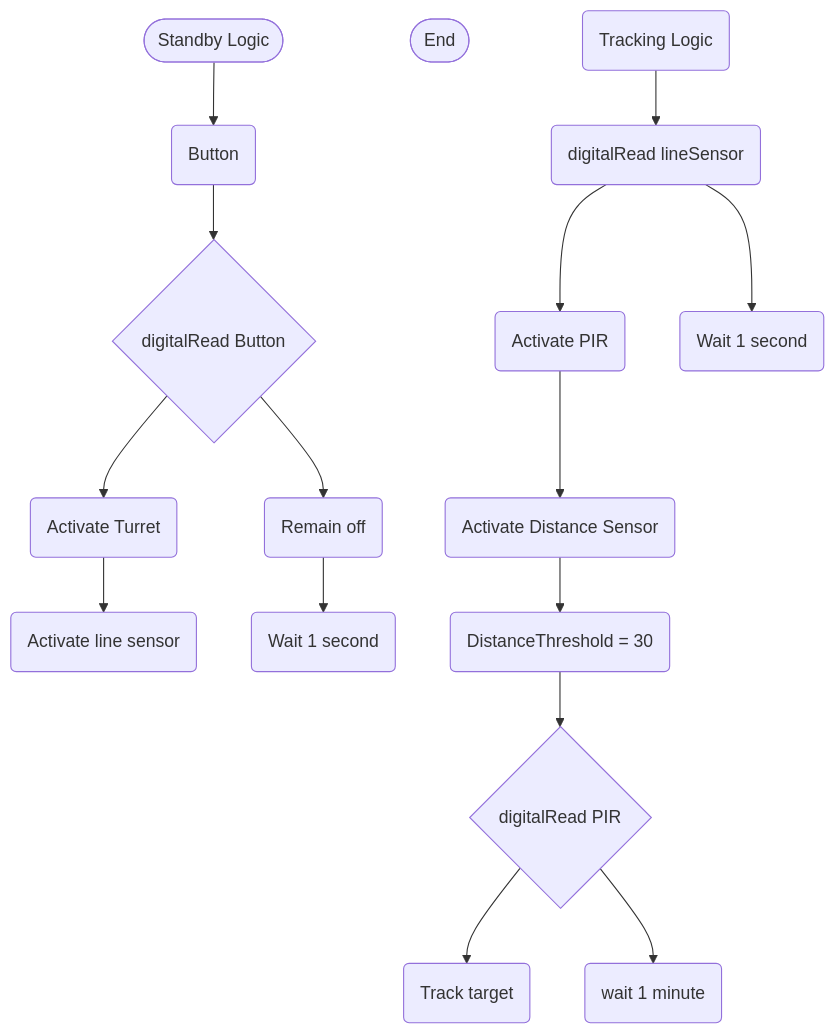
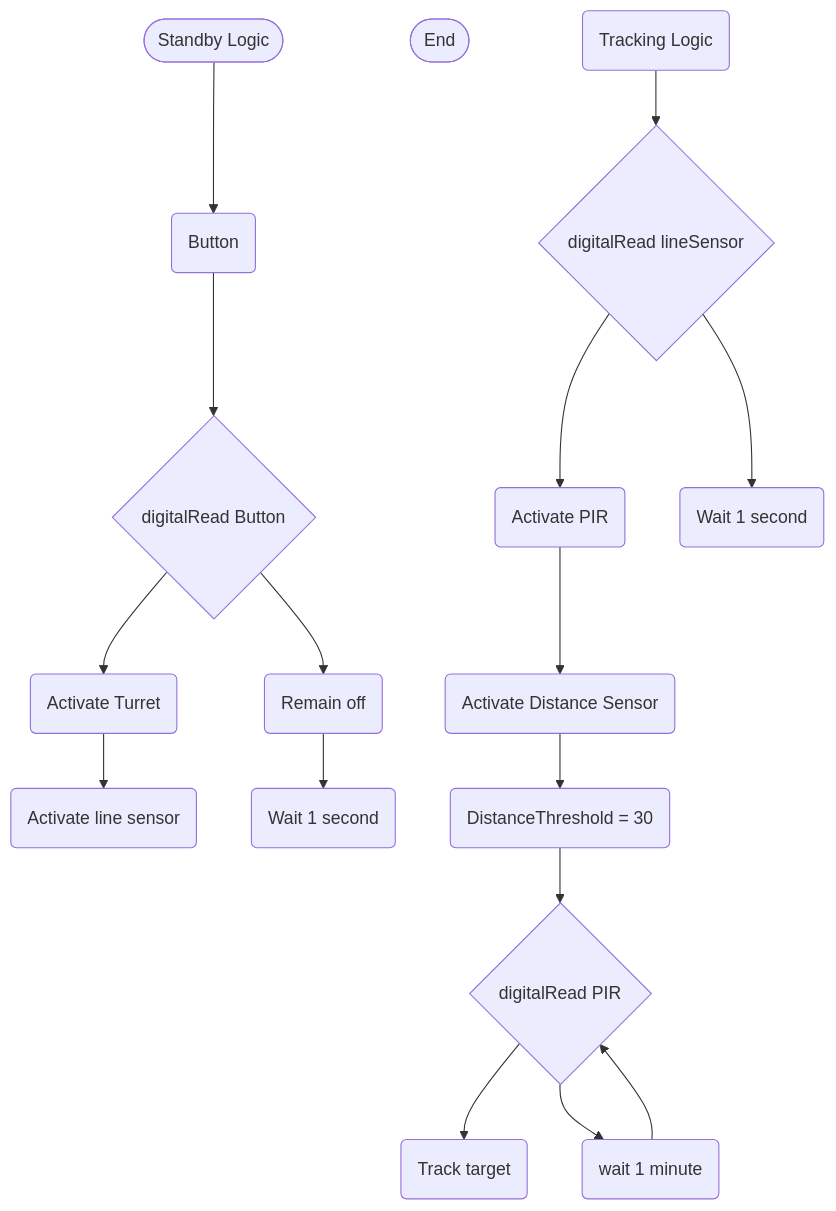
Before and after one commit to Zac2259/Smart-Turret: the diagram in logic.md, drawn with Mermaid.

````diff
--- a/logic.md
+++ b/logic.md
@@ -1,37 +1,38 @@
  ```mermaid
  flowchart TD
  %%standby logic
 terminalStart([Standby Logic])
  terminalEnd([End])
  Button(Button)
 Buttontrigger{digitalRead Button}
 activateturret(Activate Turret)
 activatesensor(Activate line sensor)
 remainoff(Remain off)
 loop(Wait 1 second)
 %%Tracking logic
 Tracking(Tracking Logic)
-Readline(digitalRead lineSensor)
+Readline{digitalRead lineSensor}
 activatepir(Activate PIR)
 activatedistance(Activate Distance Sensor)
 loop2(Wait 1 second)
 distance(DistanceThreshold = 30)
 ReadPIR{digitalRead PIR}
 track(Track target)
 loop3(wait 1 minute)
 %%Firing
 terminalStart --> Button
 Button --> Buttontrigger
 Buttontrigger --> activateturret
 activateturret --> activatesensor
 Buttontrigger --> remainoff
 remainoff --> loop
 Tracking --> Readline
 Readline --> activatepir
 Readline --> loop2
 activatepir --> activatedistance
 activatedistance --> distance
 distance --> ReadPIR
 ReadPIR --> track
 ReadPIR --> loop3
+loop3 --> ReadPIR
  ```
````
